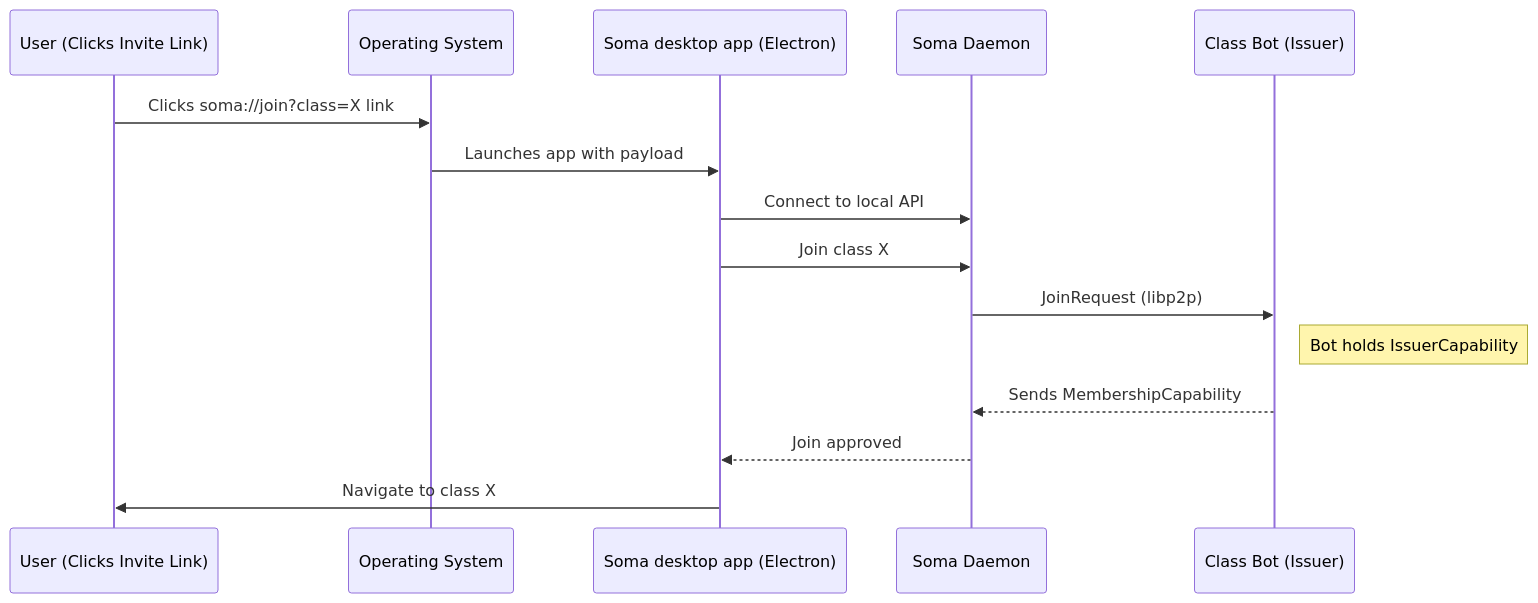
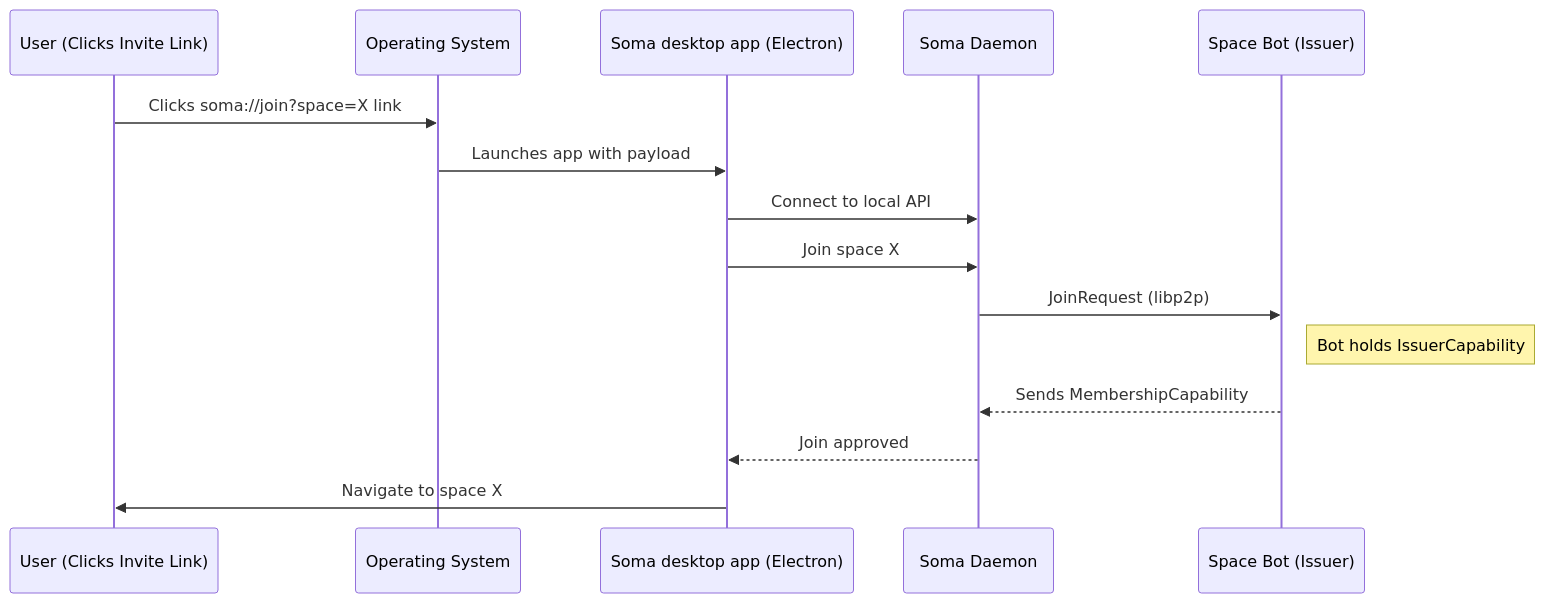
One commit to stephane-segning/soma changed the second of 2 diagrams in docs/src/architecture/soma-tapia.md. Above: the diagram before and after it, drawn with Mermaid. The commit also changed other lines of this file and 111 other files, not shown here.

````diff
--- a/docs/src/architecture/soma-tapia.md
+++ b/docs/src/architecture/soma-tapia.md
@@ -77,17 +77,17 @@
 ```mermaid
 sequenceDiagram
     participant User as User (Clicks Invite Link)
     participant OS as Operating System
     participant SomaApp as Soma desktop app (Electron)
     participant Daemon as Soma Daemon
-    participant Bot as Class Bot (Issuer)
-    User ->> OS: Clicks soma://join?class=X link
+    participant Bot as Space Bot (Issuer)
+    User ->> OS: Clicks soma://join?space=X link
     OS ->> SomaApp: Launches app with payload
     SomaApp ->> Daemon: Connect to local API
-    SomaApp ->> Daemon: Join class X
+    SomaApp ->> Daemon: Join space X
     Daemon ->> Bot: JoinRequest (libp2p)
     Note right of Bot: Bot holds IssuerCapability
     Bot -->> Daemon: Sends MembershipCapability
     Daemon -->> SomaApp: Join approved
-    SomaApp ->> User: Navigate to class X
+    SomaApp ->> User: Navigate to space X
 ```
````
